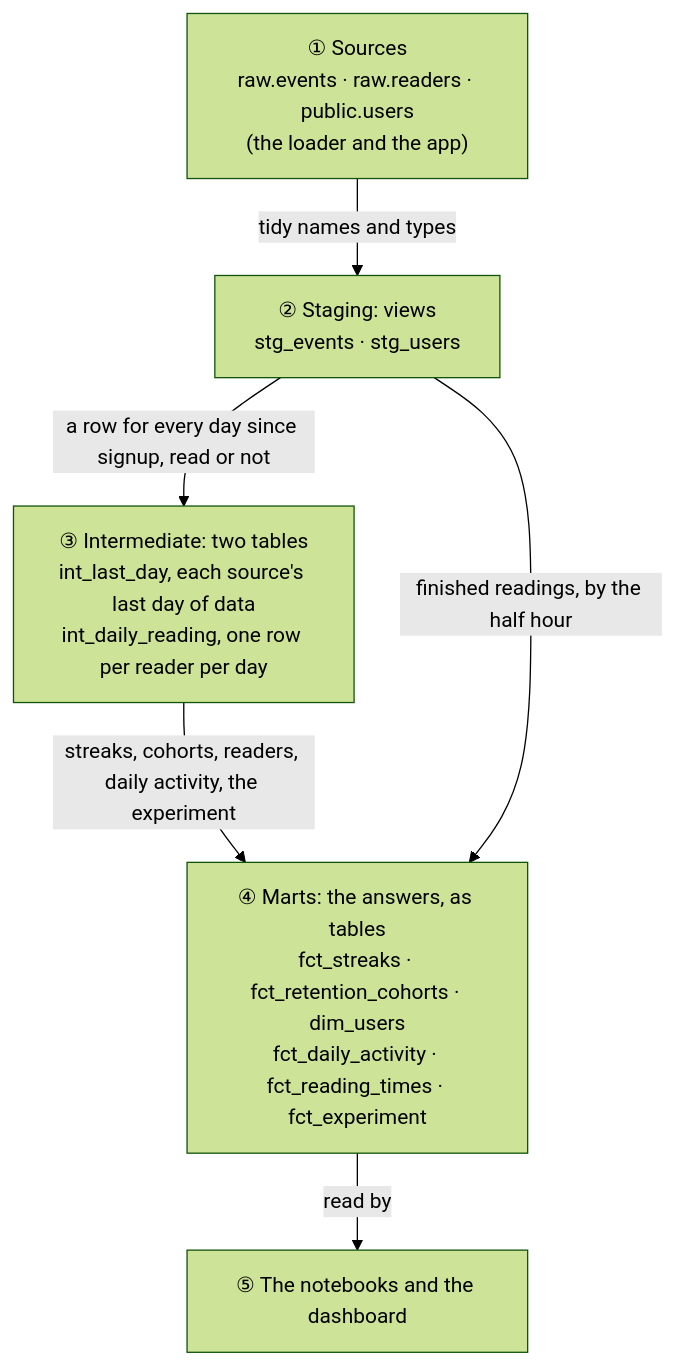
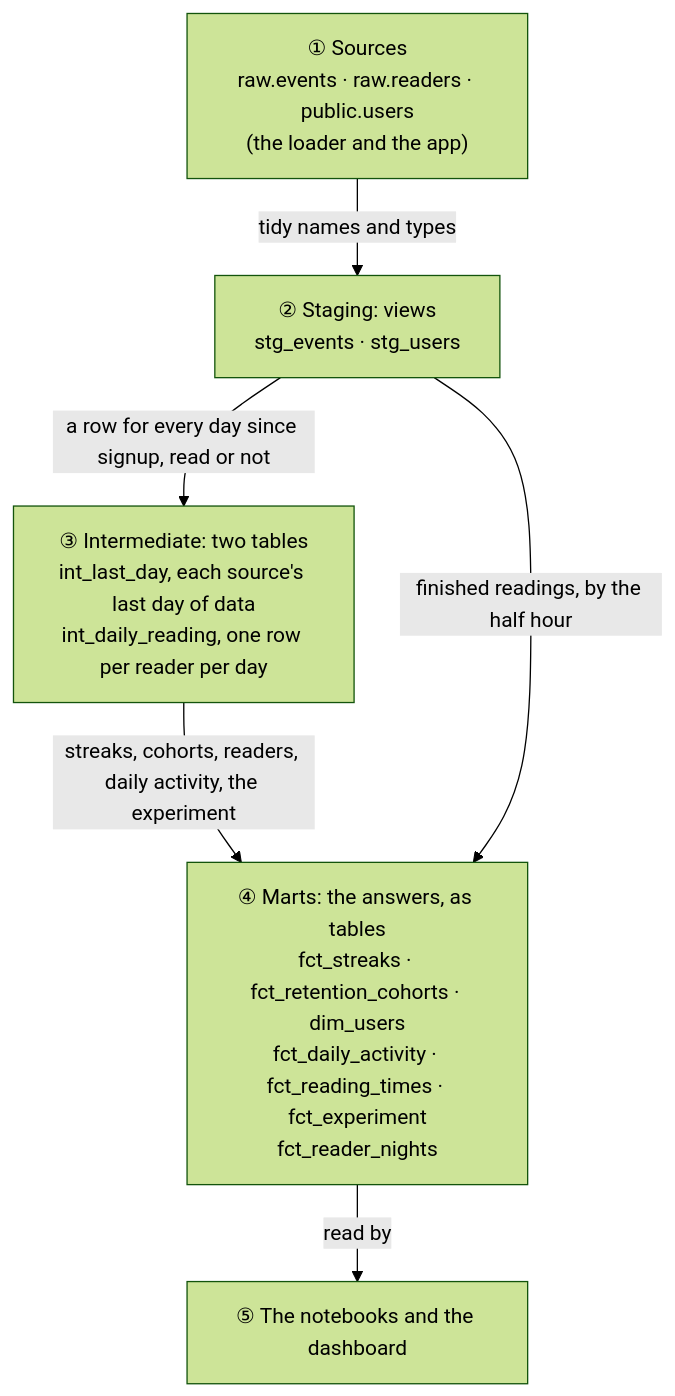
The diagram in analytics/README.md (OGobidike/Morning-Manna), drawn with Mermaid (forest theme) before and after one commit. The commit also changed other lines of this file and 11 other files, not shown here.

````diff
--- a/analytics/README.md
+++ b/analytics/README.md
@@ -71,13 +71,13 @@
 ```mermaid
 flowchart TD
     S["① Sources<br/>raw.events · raw.readers · public.users<br/>(the loader and the app)"]
     G["② Staging: views<br/>stg_events · stg_users"]
     I["③ Intermediate: two tables<br/>int_last_day, each source's last day of data<br/>int_daily_reading, one row per reader per day"]
-    M["④ Marts: the answers, as tables<br/>fct_streaks · fct_retention_cohorts · dim_users<br/>fct_daily_activity · fct_reading_times · fct_experiment"]
+    M["④ Marts: the answers, as tables<br/>fct_streaks · fct_retention_cohorts · dim_users<br/>fct_daily_activity · fct_reading_times · fct_experiment<br/>fct_reader_nights"]
     D["⑤ The notebooks and the dashboard"]
     S -->|tidy names and types| G
     G -->|a row for every day since signup, read or not| I
     I -->|streaks, cohorts, readers, daily activity, the experiment| M
     G -->|finished readings, by the half hour| M
     M -->|read by| D
 ```
````
